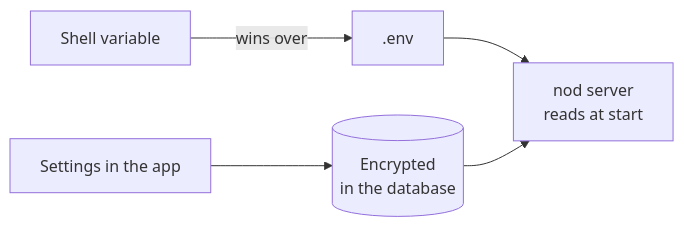
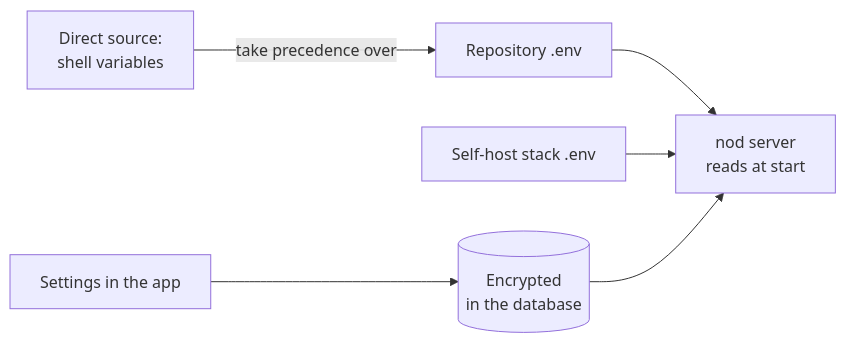
The first of 2 diagrams in docs/src/content/docs/deploy/configuration.md (KrishBhimani/nod), drawn with Mermaid before and after one commit. The commit also changed other lines of this file and 135 other files, not shown here.

Commit message:
feat: make nod easy to self-host with secure remote app access (#452)

````diff
--- a/docs/src/content/docs/deploy/configuration.md
+++ b/docs/src/content/docs/deploy/configuration.md
@@ -18,7 +20,8 @@
 ```mermaid
 flowchart LR
-  shell[Shell variable]:::accent -- wins over --> file[.env]
+  shell["Direct source:<br/>shell variables"]:::accent -- take precedence over --> file[Repository .env]
   file --> server[nod server<br/>reads at start]
+  compose[Self-host stack .env] --> server
   app[Settings in the app] --> db[(Encrypted<br/>in the database)]
   db --> server
 ```
````
